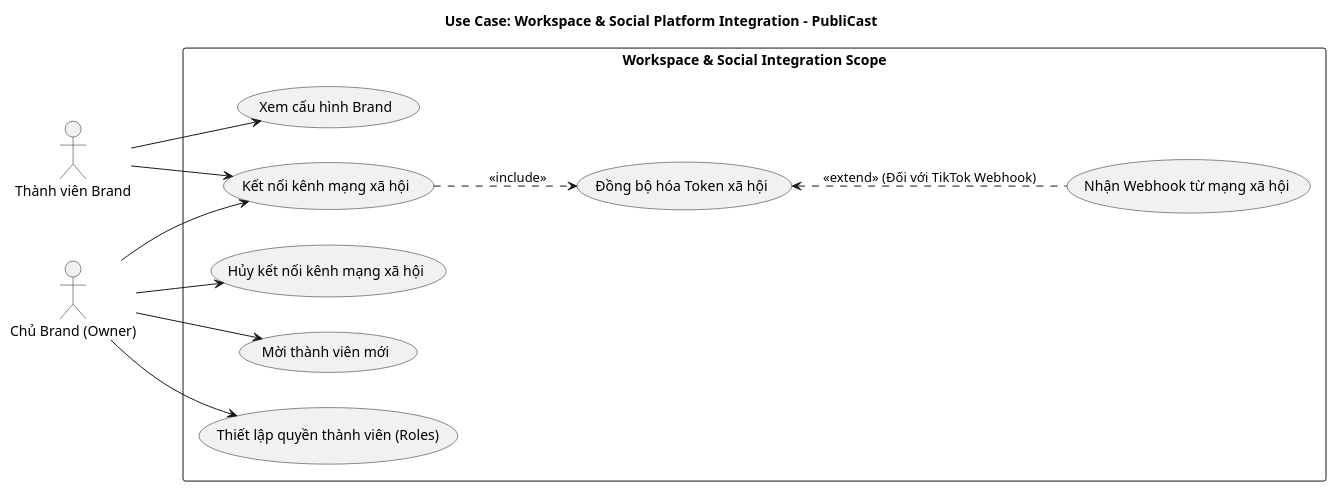
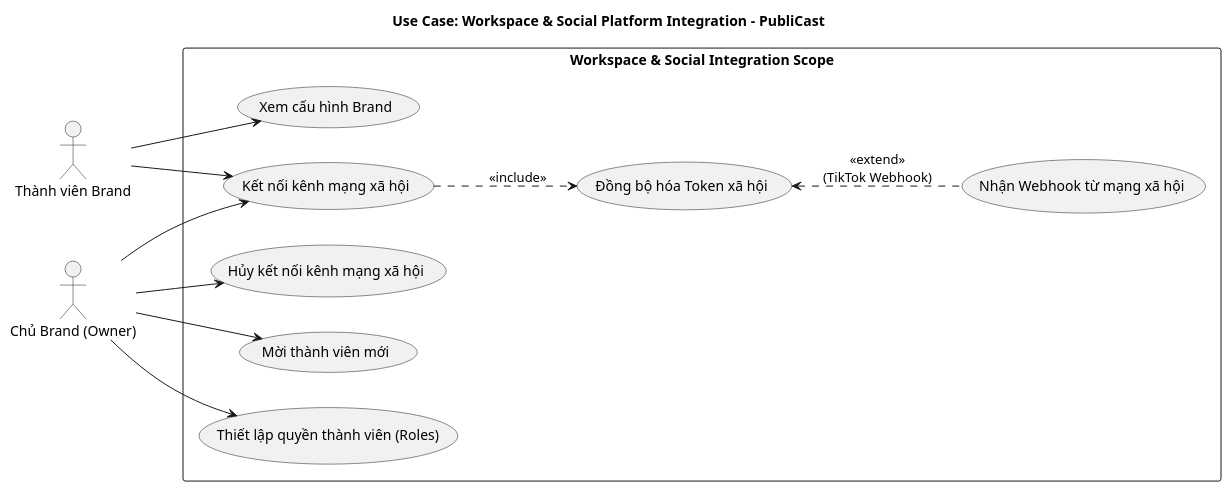
The diagram in docs/diagrams/usecase_workspace_social.puml (Nguyen-Thanh-Huy-io/FCAJ-AWS-Project), drawn with PlantUML before and after one commit. The commit also changed 34 other files, not shown here.

```diff
--- a/docs/diagrams/usecase_workspace_social.puml
+++ b/docs/diagrams/usecase_workspace_social.puml
@@ -1,38 +1,37 @@
 @startuml UseCase_Workspace_Social
 title Use Case: Workspace & Social Platform Integration - PubliCast
 
 left to right direction
 skinparam monochrome true
 skinparam shading false
-
 
 actor "Thành viên Brand" as ActorMember
 actor "Chủ Brand (Owner)" as ActorOwner
 
 rectangle "Workspace & Social Integration Scope" {
     usecase "Xem cấu hình Brand" as UC_ViewBrand
     usecase "Mời thành viên mới" as UC_InviteMember
     usecase "Thiết lập quyền thành viên (Roles)" as UC_ManageRoles
     
     usecase "Kết nối kênh mạng xã hội" as UC_ConnectPlatform
     usecase "Hủy kết nối kênh mạng xã hội" as UC_DisconnectPlatform
     
     usecase "Đồng bộ hóa Token xã hội" as UC_SyncTokens
     usecase "Nhận Webhook từ mạng xã hội" as UC_ReceiveWebhook
 }
 
 ' Workspace & Thành viên
 ActorOwner --> UC_InviteMember
 ActorOwner --> UC_ManageRoles
 ActorMember --> UC_ViewBrand
 
 ' Kết nối MXH
 ActorOwner --> UC_ConnectPlatform
 ActorOwner --> UC_DisconnectPlatform
 ActorMember --> UC_ConnectPlatform
 
 ' Tác vụ đồng bộ nền
 UC_ConnectPlatform ..> UC_SyncTokens : <<include>>
-UC_SyncTokens <.. UC_ReceiveWebhook : <<extend>> (Đối với TikTok Webhook)
+UC_SyncTokens <.. UC_ReceiveWebhook : <<extend>>\n(TikTok Webhook)
 
 @enduml
```
